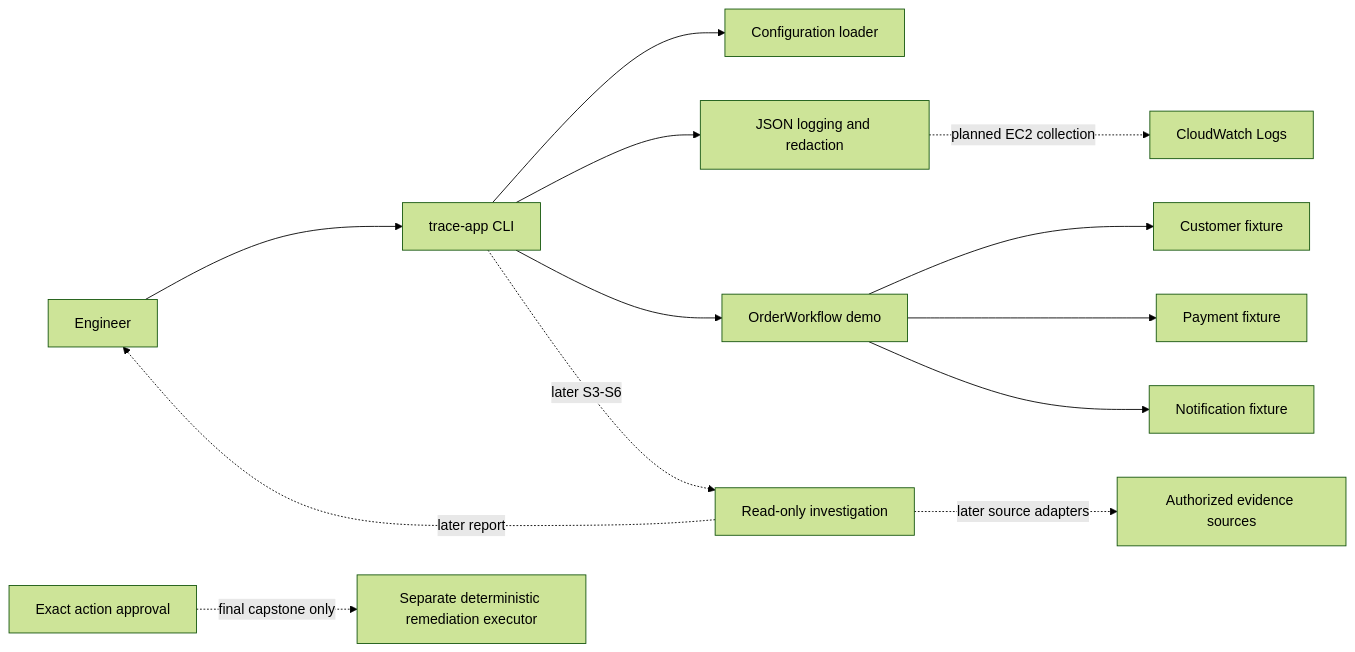
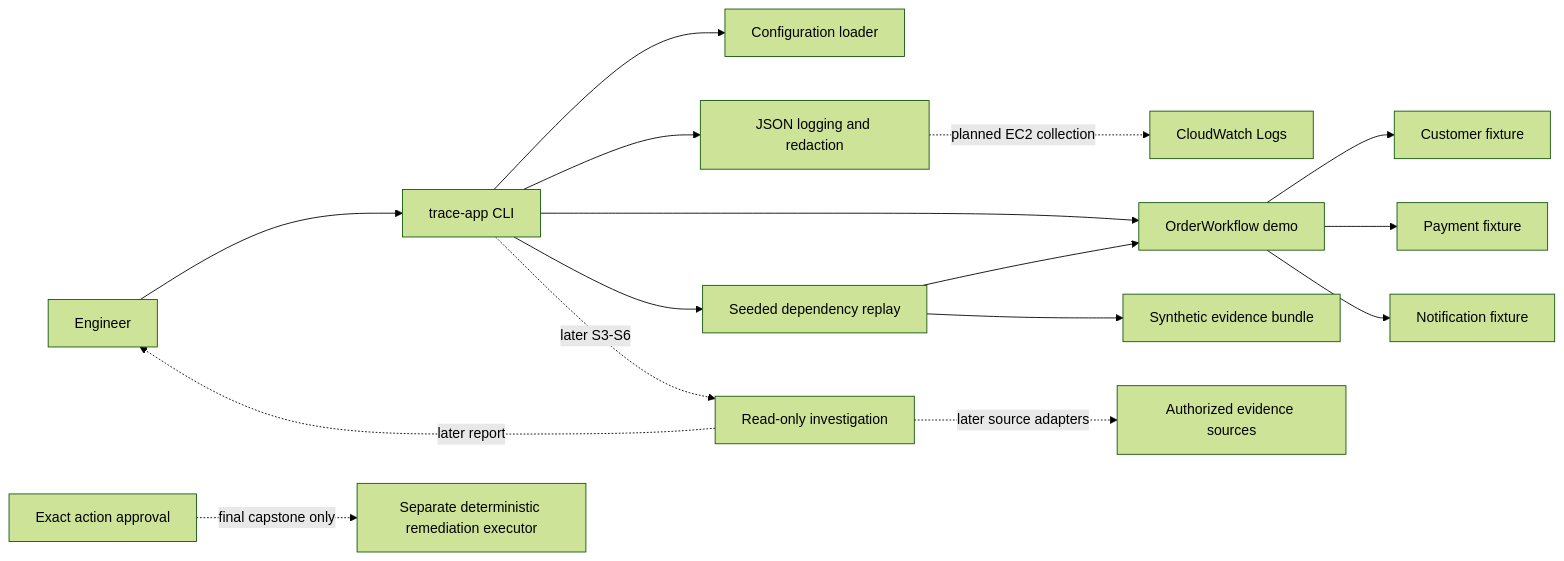
Before and after one commit to krispykrits/TRACE: the diagram in docs/architecture/README.md, drawn with Mermaid (forest theme). The commit also changed other lines of this file and 12 other files, not shown here.

Commit message:
Add seeded dependency replay and evidence contract for issue 8

````diff
--- a/docs/architecture/README.md
+++ b/docs/architecture/README.md
@@ -5,15 +5,18 @@
 ```mermaid
 flowchart LR
     User[Engineer] --> CLI[trace-app CLI]
     CLI --> Config[Configuration loader]
     CLI --> Log[JSON logging and redaction]
     CLI --> Demo[OrderWorkflow demo]
+    CLI --> Replay[Seeded dependency replay]
+    Replay --> Demo
+    Replay --> Evidence[Synthetic evidence bundle]
     Demo --> Customer[Customer fixture]
     Demo --> Payment[Payment fixture]
     Demo --> Notification[Notification fixture]
     Log -. planned EC2 collection .-> CW[CloudWatch Logs]
     CLI -. later S3-S6 .-> Investigation[Read-only investigation]
     Investigation -. later source adapters .-> Sources[Authorized evidence sources]
     Investigation -. later report .-> User
     Approved[Exact action approval] -. final capstone only .-> Executor[Separate deterministic remediation executor]
 ```
````
